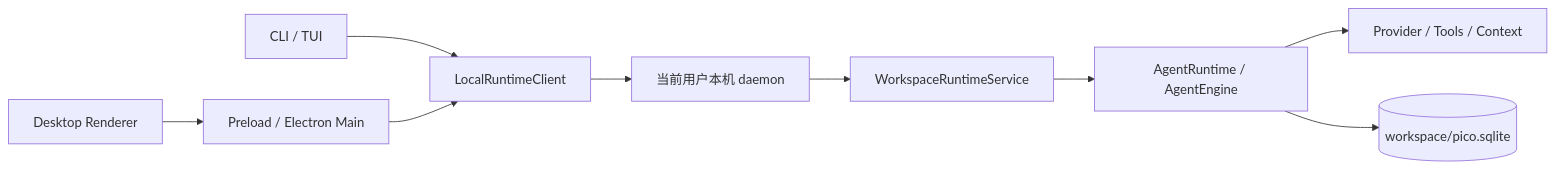
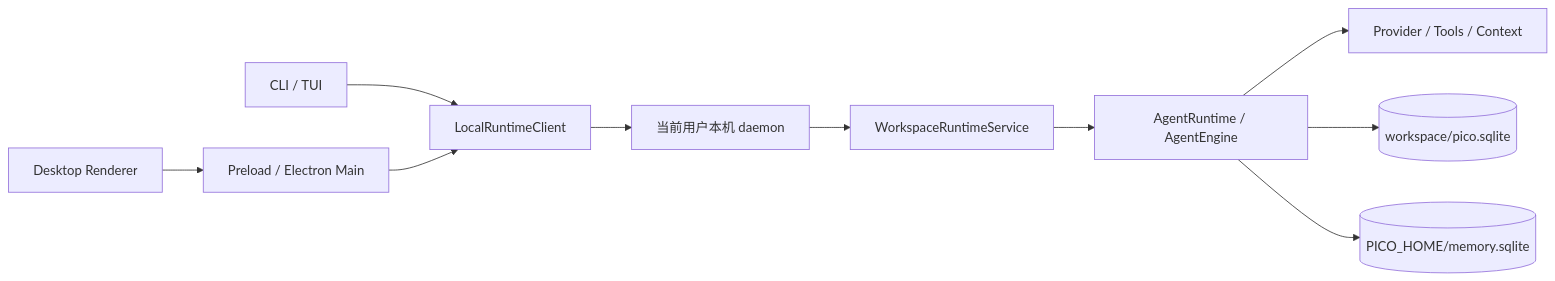
The diagram in README.md (99Gaoxiaoqi/pico-harness), drawn with Mermaid before and after one commit. The commit also changed other lines of this file and 11 other files, not shown here.

````diff
--- a/README.md
+++ b/README.md
@@ -27,9 +27,10 @@
 ```mermaid
 flowchart LR
   TUI["CLI / TUI"] --> CLIENT["LocalRuntimeClient"]
   DESKTOP["Desktop Renderer"] --> BRIDGE["Preload / Electron Main"] --> CLIENT
   CLIENT --> DAEMON["当前用户本机 daemon"]
   DAEMON --> SERVICE["WorkspaceRuntimeService"] --> RUNTIME["AgentRuntime / AgentEngine"]
   RUNTIME --> PROVIDER["Provider / Tools / Context"]
   RUNTIME --> DB[("workspace/pico.sqlite")]
+  RUNTIME --> MEMORY[("PICO_HOME/memory.sqlite")]
 ```
````
